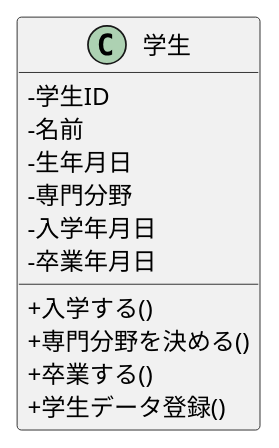
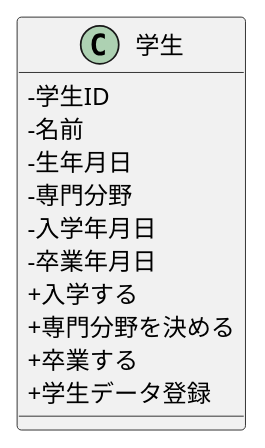
One commit to sugimoto0804/o-hara_uml changed the diagram in 05_web_ronbun/class.pu. Above: the diagram before and after it, drawn with PlantUML.

```diff
--- a/05_web_ronbun/class.pu
+++ b/05_web_ronbun/class.pu
@@ -1,17 +1,17 @@
 @startuml
 skinparam classAttributeIconSize 0
 class 学生 {
 -学生ID
 -名前
 -生年月日
 -専門分野
 -入学年月日
 -卒業年月日
-+入学する()
-+専門分野を決める()
-+卒業する()
++入学する
++専門分野を決める
++卒業する
 'シーケンス図をもとに追加
-+学生データ登録()
++学生データ登録
 }
 
 @enduml
```
